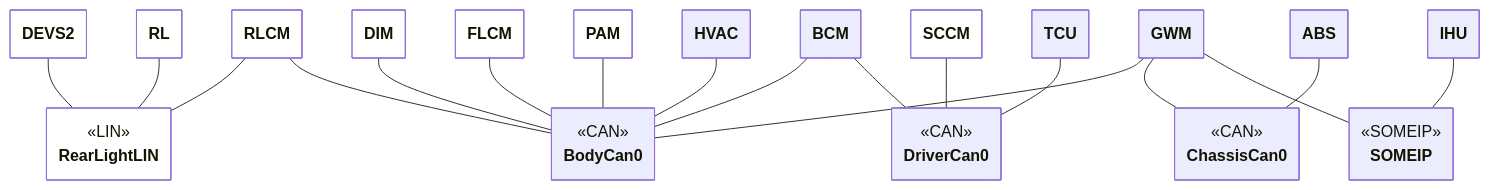
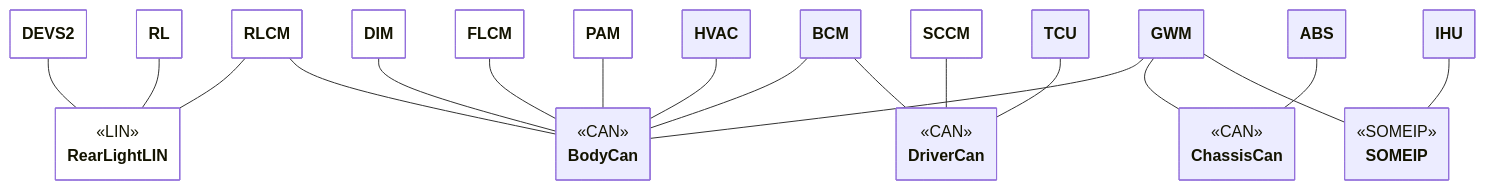
Before and after one commit to remotivelabs/remotivelabs-topology-examples: the second of 2 diagrams in remotive_car/instances/android/README.md, drawn with Mermaid. The commit also changed other lines of this file and 41 other files, not shown here.

````diff
--- a/remotive_car/instances/android/README.md
+++ b/remotive_car/instances/android/README.md
@@ -166,15 +166,15 @@
     class IHU {
     }
 
-    class BodyCan0 {
+    class BodyCan {
         <<CAN>>
     }
 
-    class DriverCan0 {
+    class DriverCan {
         <<CAN>>
     }
 
-    class ChassisCan0 {
+    class ChassisCan {
         <<CAN>>
     }
 
@@ -192,30 +192,30 @@
     RL -- RearLightLIN
 
     RLCM -- RearLightLIN
-    RLCM -- BodyCan0
+    RLCM -- BodyCan
 
-    ABS -- ChassisCan0
+    ABS -- ChassisCan
 
-    DIM -- BodyCan0
+    DIM -- BodyCan
 
-    FLCM -- BodyCan0
+    FLCM -- BodyCan
 
-    PAM -- BodyCan0
+    PAM -- BodyCan
 
-    HVAC -- BodyCan0
+    HVAC -- BodyCan
 
-    BCM -- BodyCan0
-    BCM -- DriverCan0
+    BCM -- BodyCan
+    BCM -- DriverCan
 
-    GWM -- BodyCan0
-    GWM -- ChassisCan0
+    GWM -- BodyCan
+    GWM -- ChassisCan
     GWM -- SOMEIP
 
     IHU -- SOMEIP
 
-    SCCM -- DriverCan0
+    SCCM -- DriverCan
 
-    TCU -- DriverCan0
+    TCU -- DriverCan
 
     classDef supress fill:#ffffffff
 ```
````
